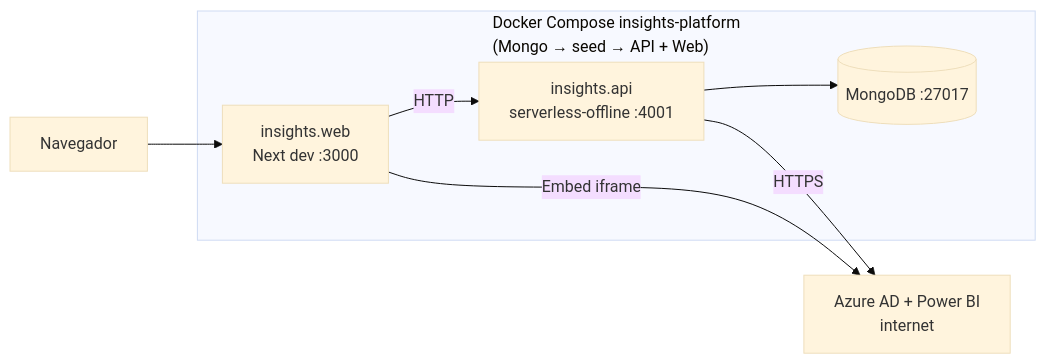
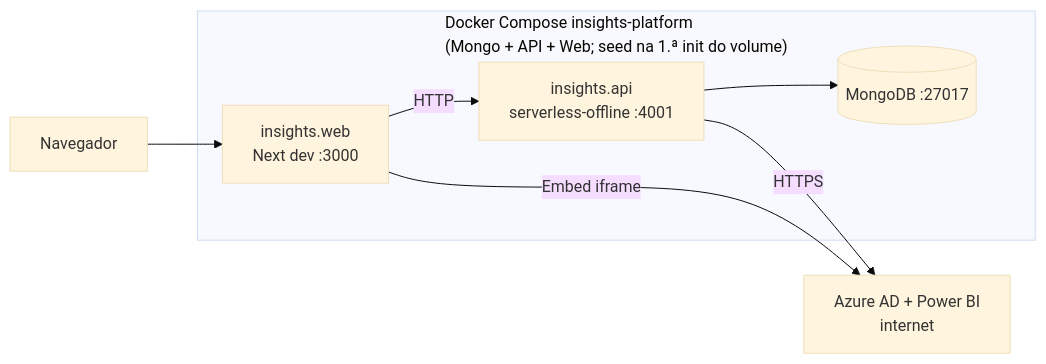
One commit to reluviari/insights-platform changed the second of 3 diagrams in README.md. Above: the diagram before and after it, drawn with Mermaid (base theme). The commit also changed other lines of this file and 5 other files, not shown here.

First line of the commit message:
refactor(docker): remove container mongo-seed; seed via Mongo initdb

````diff
--- a/README.md
+++ b/README.md
@@ -61,18 +61,18 @@
 ```mermaid
 graph LR
     Browser["Navegador"]
 
-    subgraph Compose["Docker Compose insights-platform\n(Mongo → seed → API + Web)"]
+    subgraph Compose["Docker Compose insights-platform\n(Mongo + API + Web; seed na 1.ª init do volume)"]
         Web["insights.web\nNext dev :3000"]
         Api["insights.api\nserverless-offline :4001"]
         MongoLocal[("MongoDB :27017")]
     end
 
     MicrosoftCloud["Azure AD + Power BI\ninternet"]
 
     Browser --> Web
     Web -->|"HTTP"| Api
     Api --> MongoLocal
     Api -->|"HTTPS"| MicrosoftCloud
     Web -->|"Embed iframe"| MicrosoftCloud
 ```
````
